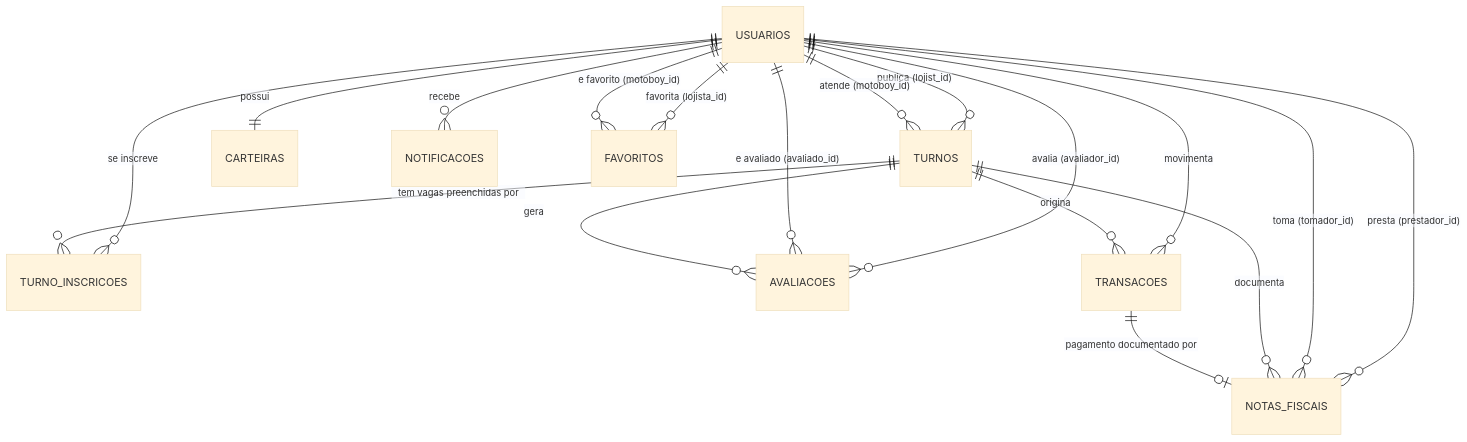
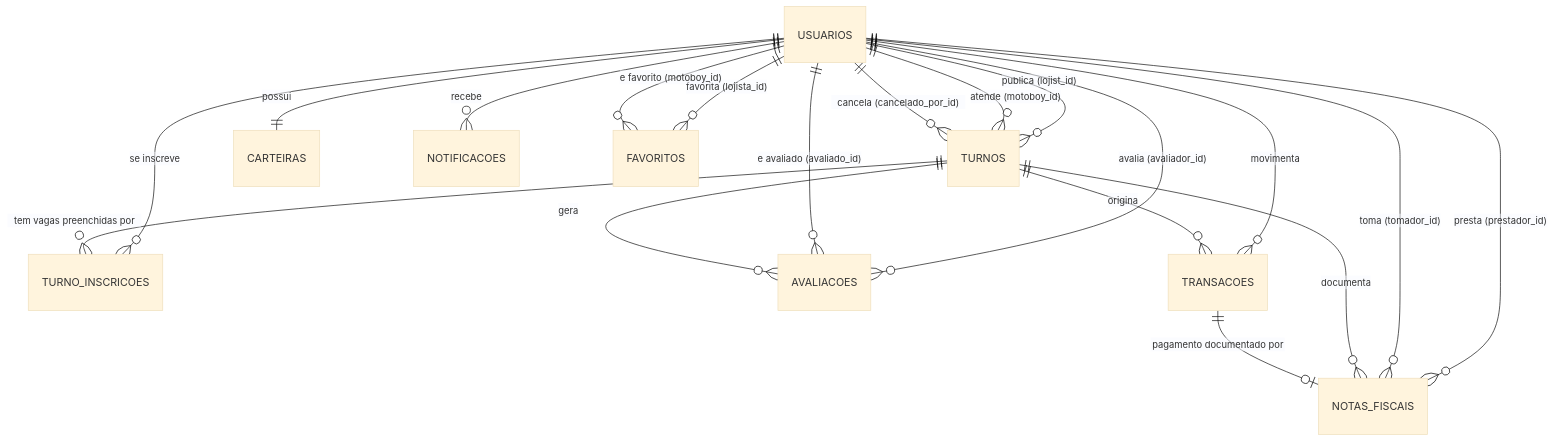
One commit to matheus-silverio-silva/motoshift changed the diagram in docs/DER/DER_MotoShift.md. Above: the diagram before and after it, drawn with Mermaid (base theme). The commit also changed other lines of this file and 46 other files, not shown here.

````diff
--- a/docs/DER/DER_MotoShift.md
+++ b/docs/DER/DER_MotoShift.md
@@ -15,20 +15,21 @@
 ```mermaid
 erDiagram
     USUARIOS ||--o{ TURNOS : "publica (lojist_id)"
     USUARIOS ||--o{ TURNOS : "atende (motoboy_id)"
     USUARIOS ||--|| CARTEIRAS : "possui"
     USUARIOS ||--o{ TURNO_INSCRICOES : "se inscreve"
     USUARIOS ||--o{ AVALIACOES : "avalia (avaliador_id)"
     USUARIOS ||--o{ AVALIACOES : "e avaliado (avaliado_id)"
     USUARIOS ||--o{ TRANSACOES : "movimenta"
     USUARIOS ||--o{ NOTIFICACOES : "recebe"
     USUARIOS ||--o{ NOTAS_FISCAIS : "presta (prestador_id)"
     USUARIOS ||--o{ NOTAS_FISCAIS : "toma (tomador_id)"
     TURNOS   ||--o{ TURNO_INSCRICOES : "tem vagas preenchidas por"
     TURNOS   ||--o{ AVALIACOES : "gera"
     TURNOS   ||--o{ TRANSACOES : "origina"
     TURNOS   ||--o{ NOTAS_FISCAIS : "documenta"
     TRANSACOES ||--o| NOTAS_FISCAIS : "pagamento documentado por"
     USUARIOS ||--o{ FAVORITOS : "favorita (lojista_id)"
+    USUARIOS ||--o{ TURNOS : "cancela (cancelado_por_id)"
     USUARIOS ||--o{ FAVORITOS : "e favorito (motoboy_id)"
 ```
````
